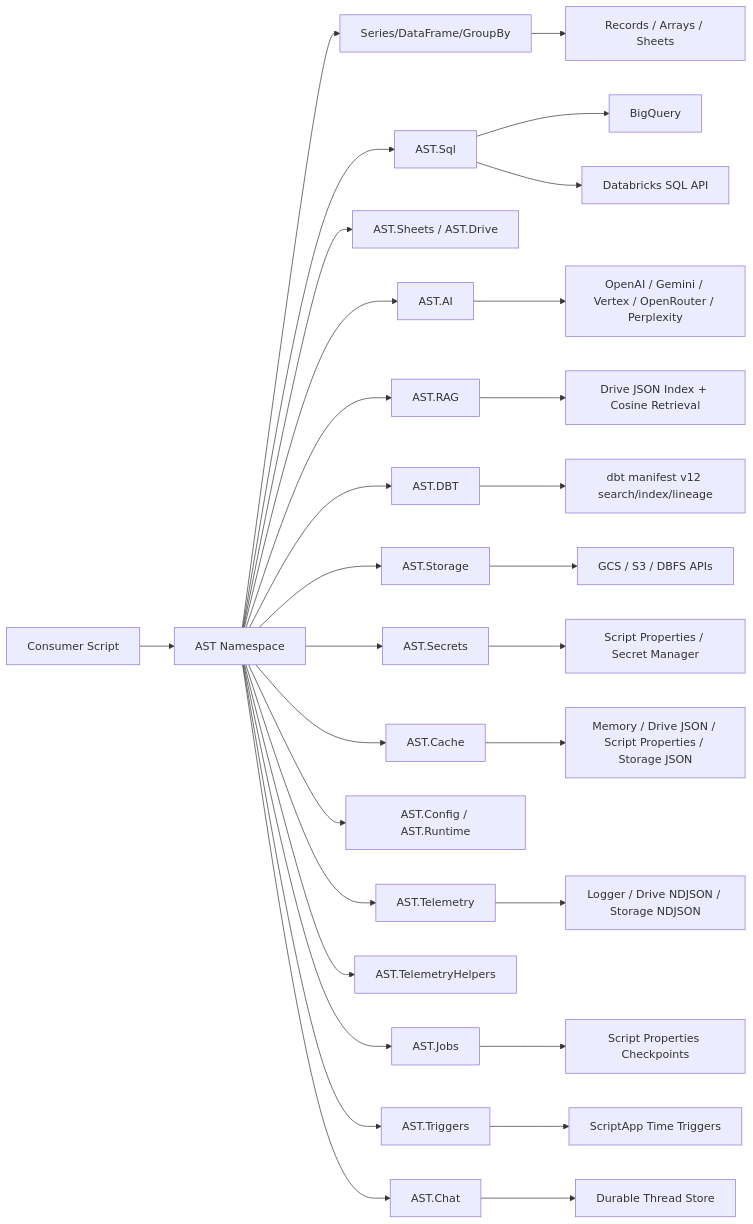
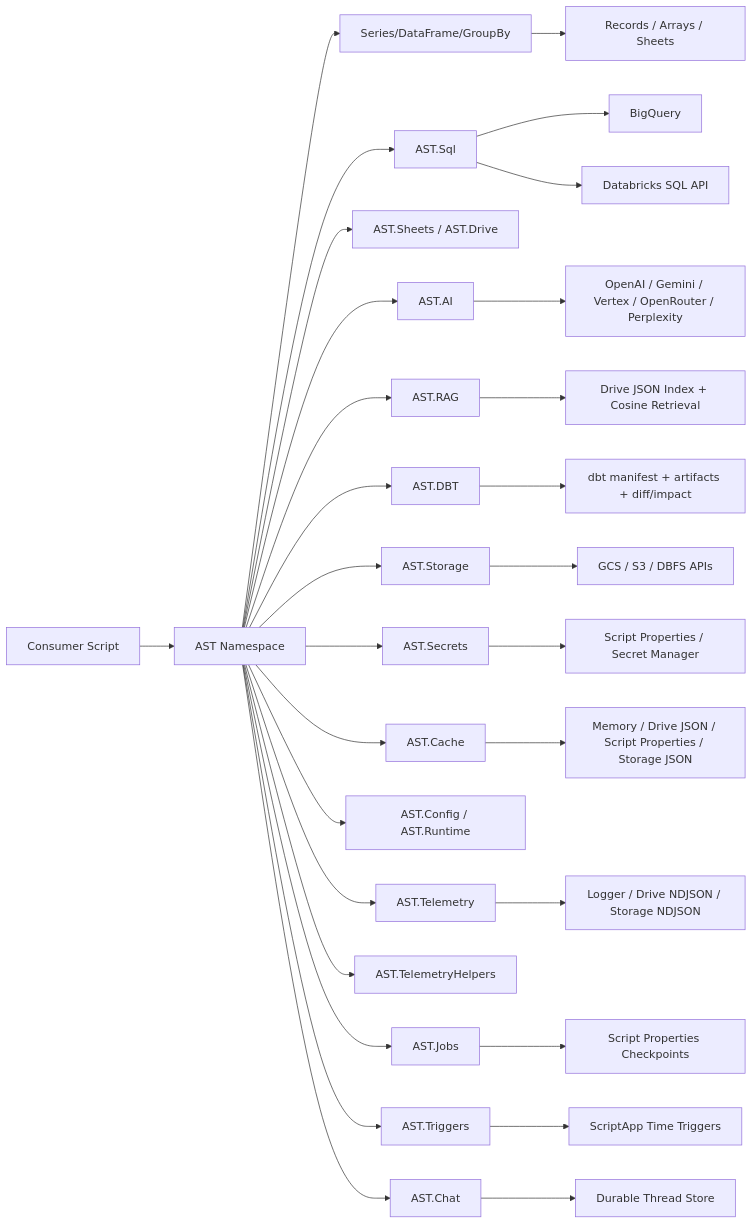
The diagram in docs/index.md (joe-broadhead/apps-script-tools), drawn with Mermaid before and after one commit. The commit also changed other lines of this file and 23 other files, not shown here.

Commit message:
feat(dbt): add artifact loaders plus diff and impact helpers

````diff
--- a/docs/index.md
+++ b/docs/index.md
@@ -38,32 +38,32 @@
 ```mermaid
 flowchart LR
     A[Consumer Script] --> B[AST Namespace]
     B --> C[Series/DataFrame/GroupBy]
     B --> D[AST.Sql]
     B --> E[AST.Sheets / AST.Drive]
     B --> I[AST.AI]
     B --> K[AST.RAG]
     B --> Y[AST.DBT]
     B --> M[AST.Storage]
     B --> AA[AST.Secrets]
     B --> Q[AST.Cache]
     B --> S[AST.Config / AST.Runtime]
     B --> O[AST.Telemetry]
     B --> V[AST.TelemetryHelpers]
     B --> T[AST.Jobs]
     B --> AC[AST.Triggers]
     B --> W[AST.Chat]
     D --> F[BigQuery]
     D --> G[Databricks SQL API]
     I --> J[OpenAI / Gemini / Vertex / OpenRouter / Perplexity]
     K --> L[Drive JSON Index + Cosine Retrieval]
-    Y --> Z[dbt manifest v12 search/index/lineage]
+    Y --> Z[dbt manifest + artifacts + diff/impact]
     M --> N[GCS / S3 / DBFS APIs]
     AA --> AB["Script Properties / Secret Manager"]
     Q --> R["Memory / Drive JSON / Script Properties / Storage JSON"]
     O --> P[Logger / Drive NDJSON / Storage NDJSON]
     T --> U["Script Properties Checkpoints"]
     AC --> AD["ScriptApp Time Triggers"]
     W --> X["Durable Thread Store"]
     C --> H[Records / Arrays / Sheets]
 ```
````
